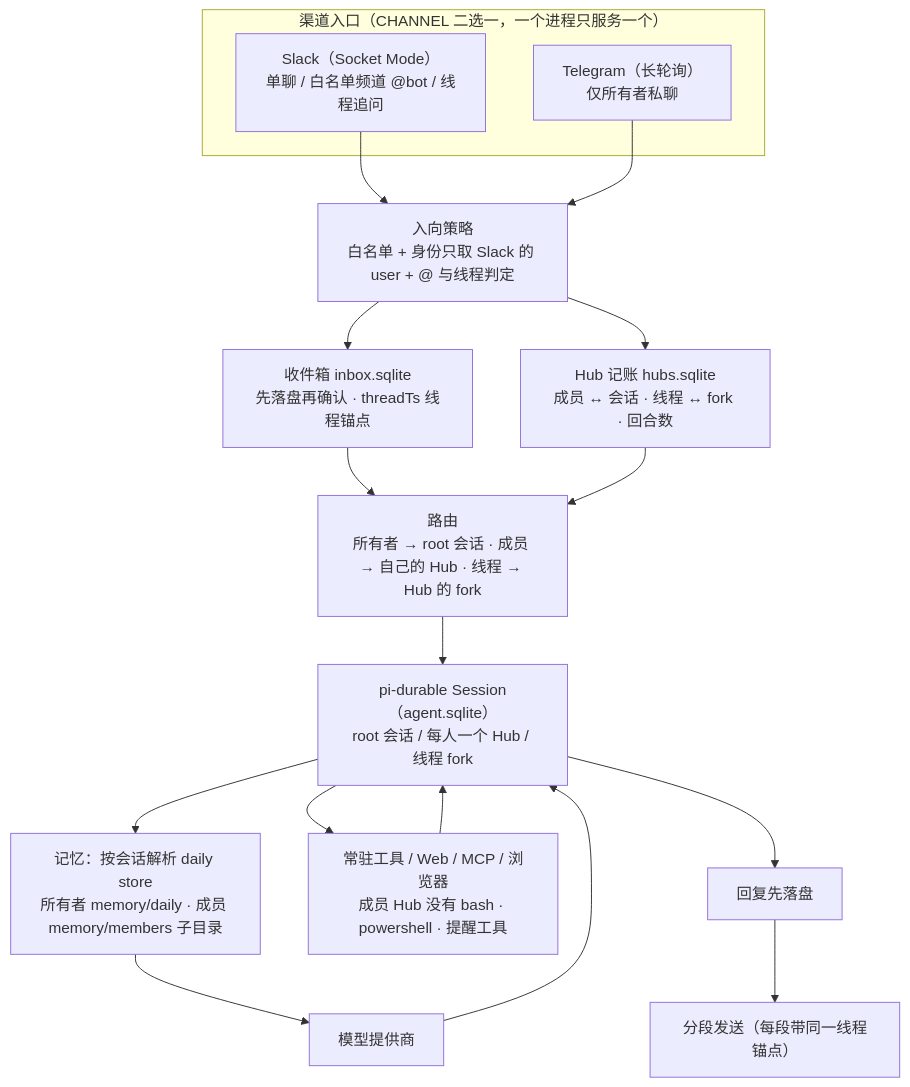
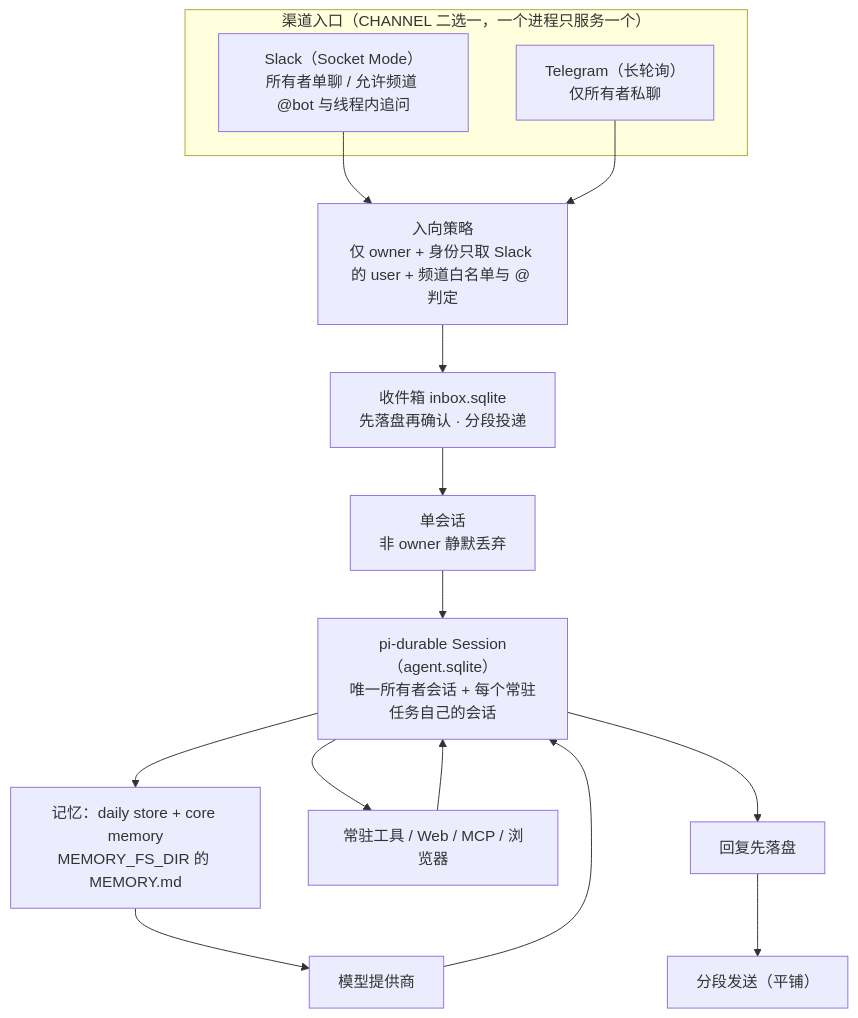
The diagram in README.md (NaoYUN77/Aster), drawn with Mermaid before and after one commit. The commit also changed other lines of this file and 25 other files, not shown here.

First line of the commit message:
memory: single owner, MEMORY.md only in core

````diff
--- a/README.md
+++ b/README.md
@@ -15,22 +15,20 @@
 ```mermaid
 flowchart TB
   subgraph channels["渠道入口（CHANNEL 二选一，一个进程只服务一个）"]
-    slack["Slack（Socket Mode）<br/>单聊 / 白名单频道 @bot / 线程追问"]
+    slack["Slack（Socket Mode）<br/>所有者单聊 / 允许频道 @bot 与线程内追问"]
     telegram["Telegram（长轮询）<br/>仅所有者私聊"]
   end
   slack --> policy
   telegram --> policy
-  policy["入向策略<br/>白名单 + 身份只取 Slack 的 user + @ 与线程判定"]
-  policy --> inbox["收件箱 inbox.sqlite<br/>先落盘再确认 · threadTs 线程锚点"]
-  policy --> hubs["Hub 记账 hubs.sqlite<br/>成员 ↔ 会话 · 线程 ↔ fork · 回合数"]
-  inbox --> route["路由<br/>所有者 → root 会话 · 成员 → 自己的 Hub · 线程 → Hub 的 fork"]
-  hubs --> route
-  route --> runtime["pi-durable Session（agent.sqlite）<br/>root 会话 / 每人一个 Hub / 线程 fork"]
-  runtime --> memory["记忆：按会话解析 daily store<br/>所有者 memory/daily · 成员 memory/members 子目录"]
-  runtime --> tools["常驻工具 / Web / MCP / 浏览器<br/>成员 Hub 没有 bash · powershell · 提醒工具"]
+  policy["入向策略<br/>仅 owner + 身份只取 Slack 的 user + 频道白名单与 @ 判定"]
+  policy --> inbox["收件箱 inbox.sqlite<br/>先落盘再确认 · 分段投递"]
+  inbox --> route["单会话<br/>非 owner 静默丢弃"]
+  route --> runtime["pi-durable Session（agent.sqlite）<br/>唯一所有者会话 + 每个常驻任务自己的会话"]
+  runtime --> memory["记忆：daily store + core memory<br/>MEMORY_FS_DIR 的 MEMORY.md"]
+  runtime --> tools["常驻工具 / Web / MCP / 浏览器"]
   memory --> model["模型提供商"]
   tools --> runtime
   model --> runtime
   runtime --> saved["回复先落盘"]
-  saved --> send["分段发送（每段带同一线程锚点）"]
+  saved --> send["分段发送（平铺）"]
 ```
````
